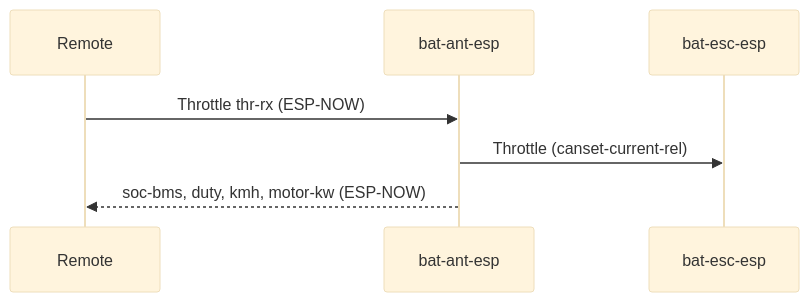
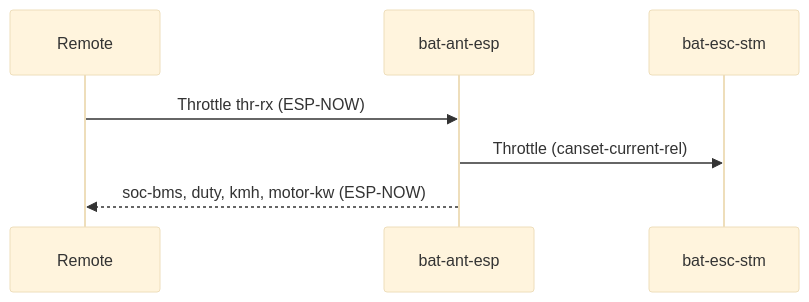
Before and after one commit to cortex/vesc_express: the second of 4 diagrams in README.md, drawn with Mermaid (base theme). The commit also changed other lines of this file and 4 other files, not shown here.

Commit message:
fix incorrect esc device name (bat-esc-esp -> bat-esc-stm)

````diff
--- a/README.md
+++ b/README.md
@@ -90,8 +90,8 @@
 ```mermaid
 sequenceDiagram
 
 Remote ->> bat-ant-esp: Throttle thr-rx (ESP-NOW)
-bat-ant-esp ->> bat-esc-esp: Throttle (canset-current-rel)
+bat-ant-esp ->> bat-esc-stm: Throttle (canset-current-rel)
 
 bat-ant-esp -->> Remote: soc-bms, duty, kmh, motor-kw (ESP-NOW)
 ```
````
